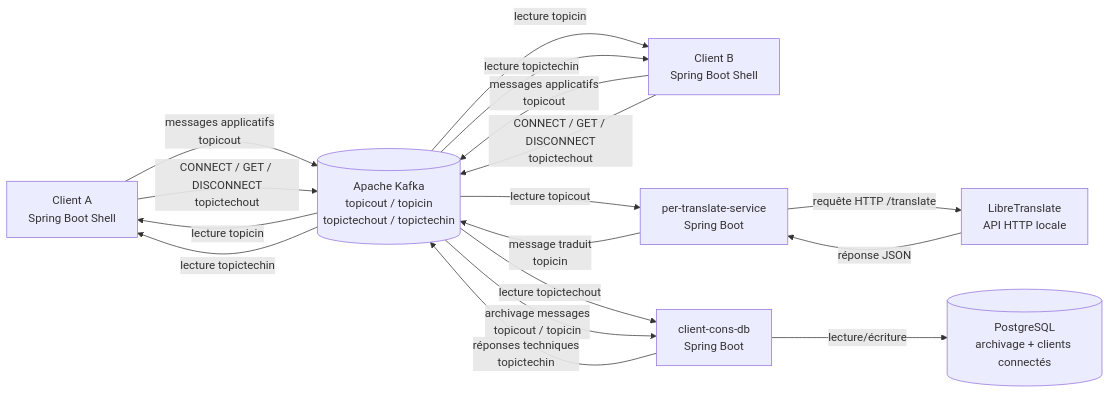
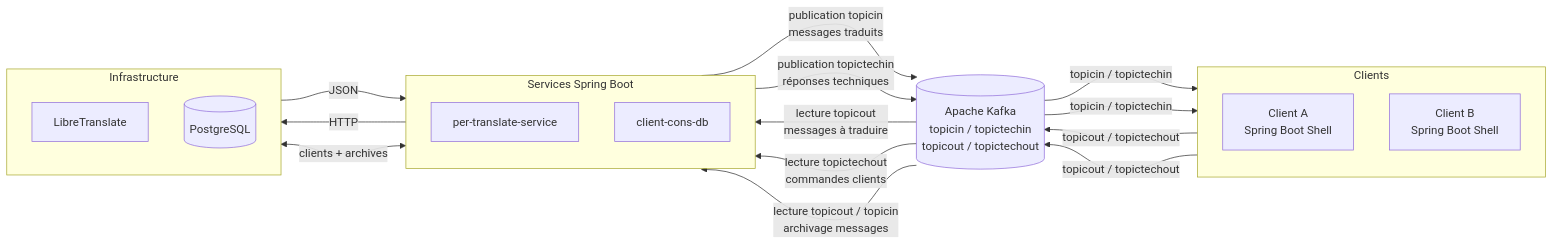
The diagram in docs/RAPPORT.md (Alias10294/tp_intergiciels), drawn with Mermaid before and after one commit.

Commit message:
refactor: clarified RAPPORT flowchart

````diff
--- a/docs/RAPPORT.md
+++ b/docs/RAPPORT.md
@@ -21,36 +21,39 @@
 ```mermaid
+%%{init: {"flowchart": {"curve": "bumpX"}} }%%
 flowchart LR
-    ClientA[Client A<br/>Spring Boot Shell]
-    ClientB[Client B<br/>Spring Boot Shell]
+    subgraph Clients["Clients"]
+        direction TB
+        ClientA["Client A<br/>Spring Boot Shell"]
+        ClientB["Client B<br/>Spring Boot Shell"]
+    end
 
-    Kafka[(Apache Kafka<br/>topicout / topicin<br/>topictechout / topictechin)]
+    Kafka[(Apache Kafka<br/>topicin / topictechin<br/>topicout / topictechout)]
 
-    Translate[per-translate-service<br/>Spring Boot]
-    Libre[LibreTranslate<br/>API HTTP locale]
+    subgraph Services["Services Spring Boot"]
+        direction TB
+        Translate["per-translate-service"]
+        ConsDB["client-cons-db"]
+    end
 
-    ConsDB[client-cons-db<br/>Spring Boot]
-    DB[(PostgreSQL<br/>archivage + clients connectés)]
+    subgraph Infra["Infrastructure"]
+        direction TB
+        Libre["LibreTranslate"]
+        DB[(PostgreSQL)]
+    end
 
-    ClientA -->|messages applicatifs<br/>topicout| Kafka
-    ClientB -->|messages applicatifs<br/>topicout| Kafka
+    ClientA -->|"topicout / topictechout"| Kafka
+    ClientB -->|"topicout / topictechout"| Kafka
 
-    Kafka -->|lecture topicout| Translate
-    Translate -->|requête HTTP /translate| Libre
-    Libre -->|réponse JSON| Translate
-    Translate -->|message traduit<br/>topicin| Kafka
+    Kafka -->|"topicin / topictechin"| ClientA
+    Kafka -->|"topicin / topictechin"| ClientB
 
-    Kafka -->|lecture topicin| ClientA
-    Kafka -->|lecture topicin| ClientB
+    Kafka -->|"lecture topicout<br/>messages à traduire"| Translate
+    Translate -->|"HTTP"| Libre
+    Libre -->|"JSON"| Translate
+    Translate -->|"publication topicin<br/>messages traduits"| Kafka
 
-    ClientA -->|CONNECT / GET / DISCONNECT<br/>topictechout| Kafka
-    ClientB -->|CONNECT / GET / DISCONNECT<br/>topictechout| Kafka
-
-    Kafka -->|lecture topictechout| ConsDB
-    ConsDB -->|lecture/écriture| DB
-    ConsDB -->|réponses techniques<br/>topictechin| Kafka
-
-    Kafka -->|lecture topictechin| ClientA
-    Kafka -->|lecture topictechin| ClientB
-
-    Kafka -->|archivage messages<br/>topicout / topicin| ConsDB
+    Kafka -->|"lecture topictechout<br/>commandes clients"| ConsDB
+    Kafka -->|"lecture topicout / topicin<br/>archivage messages"| ConsDB
+    ConsDB -->|"publication topictechin<br/>réponses techniques"| Kafka
+    ConsDB <-->|"clients + archives"| DB
 ```
````
